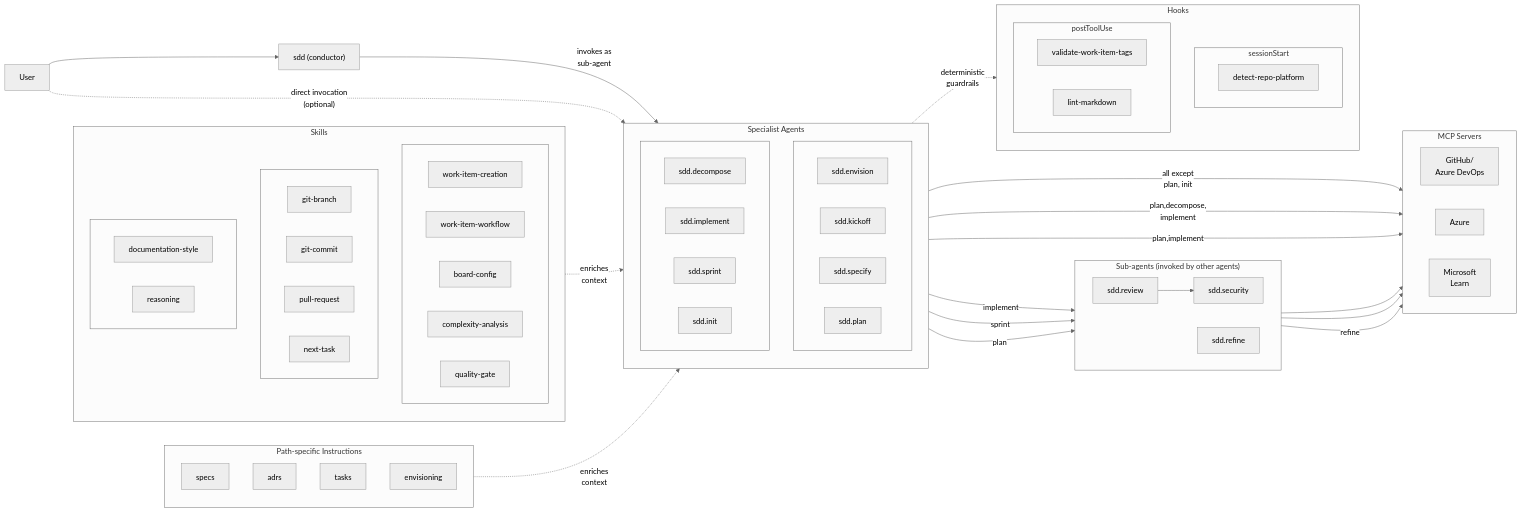
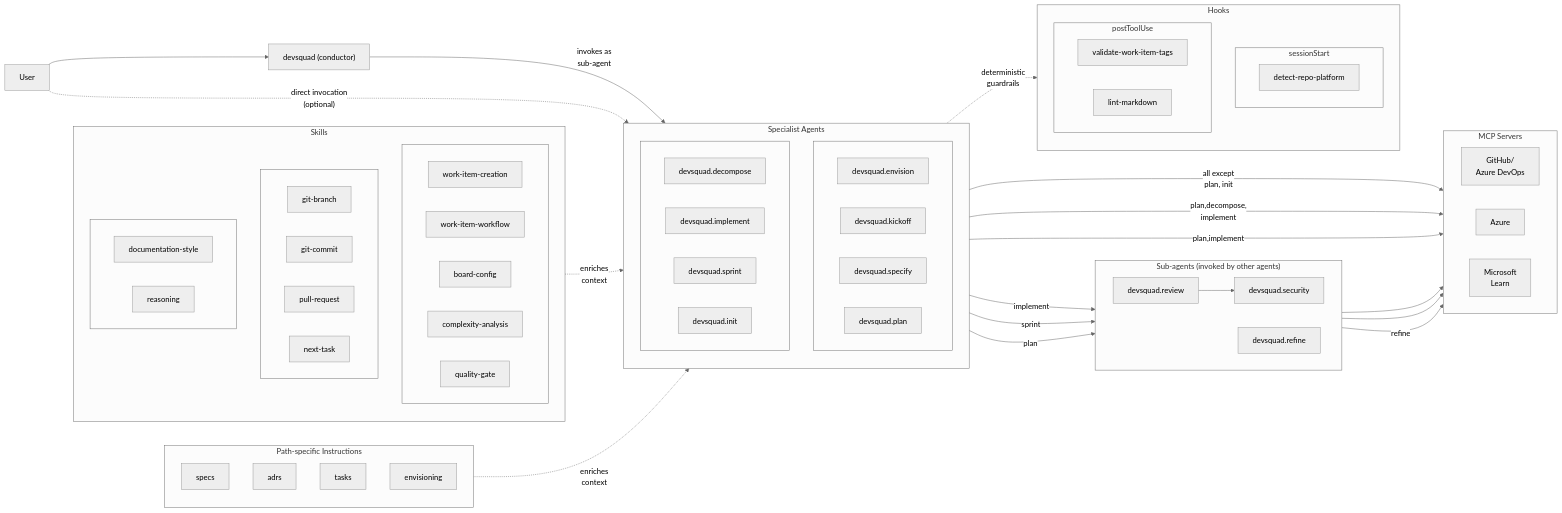
The first of 7 diagrams in docs/framework/README.md (microsoft/devsquad-copilot), drawn with Mermaid (neutral theme) before and after one commit. The commit also changed other lines of this file and 42 other files, not shown here.

First line of the commit message:
refactor(agents): rename sdd.* agents to devsquad.* namespace

````diff
--- a/docs/framework/README.md
+++ b/docs/framework/README.md
@@ -28,6 +28,6 @@
 ```mermaid
 flowchart LR
-    user["User"] --> conductor["sdd (conductor)"]
+    user["User"] --> conductor["devsquad (conductor)"]
 
     conductor -->|"invokes as<br/>sub-agent"| agents
     user -.->|"direct invocation<br/>(optional)"| agents
@@ -35,17 +35,17 @@
     subgraph agents["Specialist Agents"]
         subgraph agents-row1[" "]
             direction LR
-            envision["sdd.envision"]
-            kickoff["sdd.kickoff"]
-            specify["sdd.specify"]
-            plan["sdd.plan"]
+            envision["devsquad.envision"]
+            kickoff["devsquad.kickoff"]
+            specify["devsquad.specify"]
+            plan["devsquad.plan"]
         end
         subgraph agents-row2[" "]
             direction LR
-            decompose["sdd.decompose"]
-            implement["sdd.implement"]
-            sprint["sdd.sprint"]
-            init["sdd.init"]
+            decompose["devsquad.decompose"]
+            implement["devsquad.implement"]
+            sprint["devsquad.sprint"]
+            init["devsquad.init"]
         end
     end
 
@@ -70,9 +70,9 @@
 
     subgraph subagents["Sub-agents (invoked by other agents)"]
         direction LR
-        security["sdd.security"]
-        review["sdd.review"]
-        refine["sdd.refine"]
+        security["devsquad.security"]
+        review["devsquad.review"]
+        refine["devsquad.refine"]
         review --> security
     end
 
````
